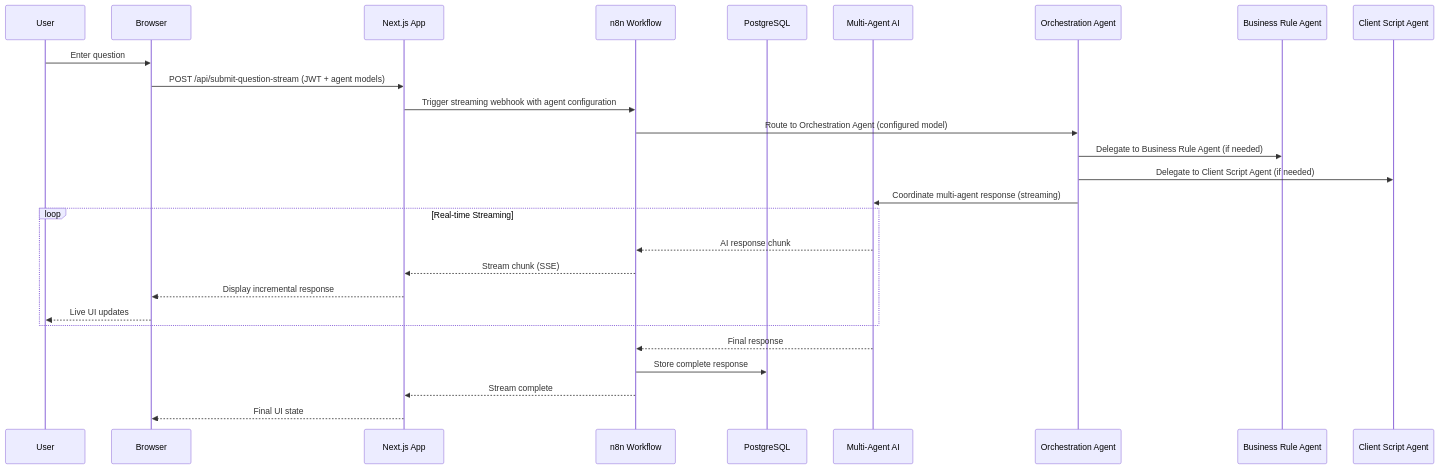
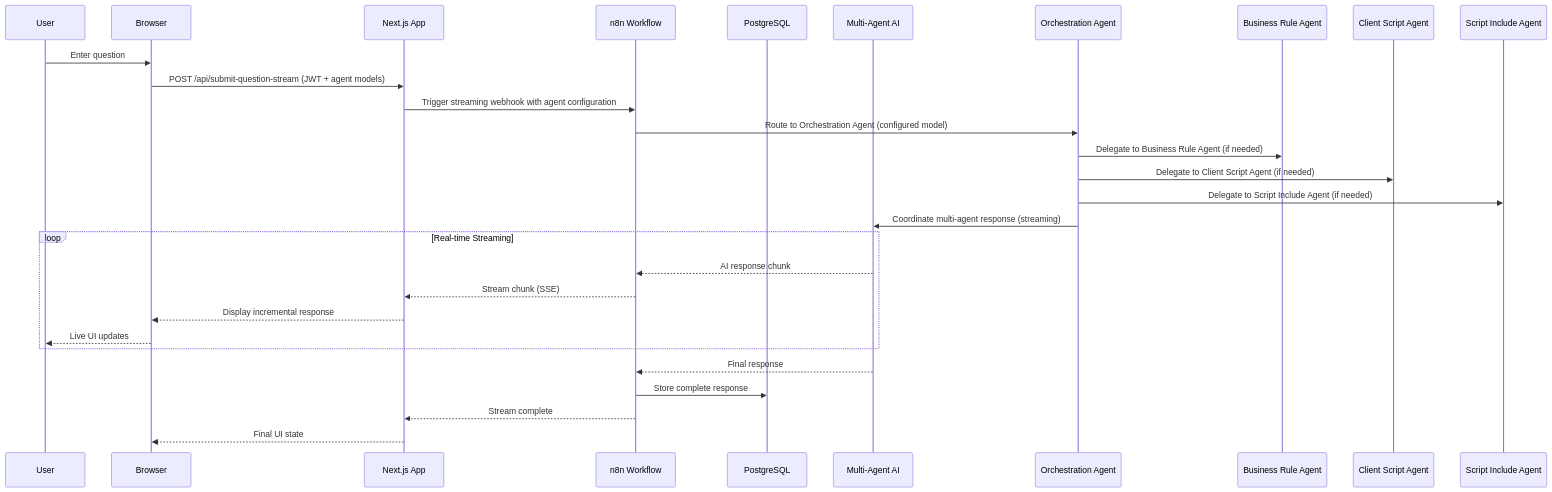
One commit to DanielMadsenDK/servicenow-helper changed the second of 2 diagrams in README.md. Above: the diagram before and after it, drawn with Mermaid. The commit also changed other lines of this file and 6 other files, not shown here.

Commit message:
Add Script Include Agent support and update related configurations

````diff
--- a/README.md
+++ b/README.md
@@ -114,33 +116,35 @@
 ```mermaid
 sequenceDiagram
     participant U as User
     participant B as Browser
     participant N as Next.js App
     participant W as n8n Workflow
     participant D as PostgreSQL
     participant A as Multi-Agent AI
     participant O as Orchestration Agent
     participant BR as Business Rule Agent
     participant CS as Client Script Agent
+    participant SI as Script Include Agent
 
     U->>B: Enter question
     B->>N: POST /api/submit-question-stream (JWT + agent models)
     N->>W: Trigger streaming webhook with agent configuration
     
     W->>O: Route to Orchestration Agent (configured model)
     O->>BR: Delegate to Business Rule Agent (if needed)
     O->>CS: Delegate to Client Script Agent (if needed)
+    O->>SI: Delegate to Script Include Agent (if needed)
     O->>A: Coordinate multi-agent response (streaming)
     
     loop Real-time Streaming
         A-->>W: AI response chunk
         W-->>N: Stream chunk (SSE)
         N-->>B: Display incremental response
         B-->>U: Live UI updates
     end
     
     A-->>W: Final response
     W->>D: Store complete response
     W-->>N: Stream complete
     N-->>B: Final UI state
 ```
````
